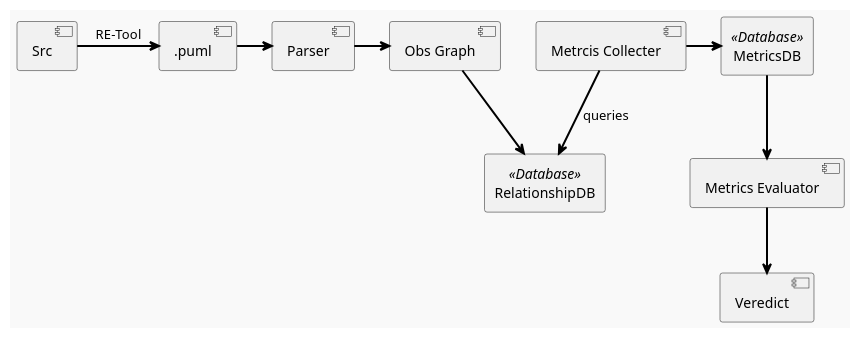
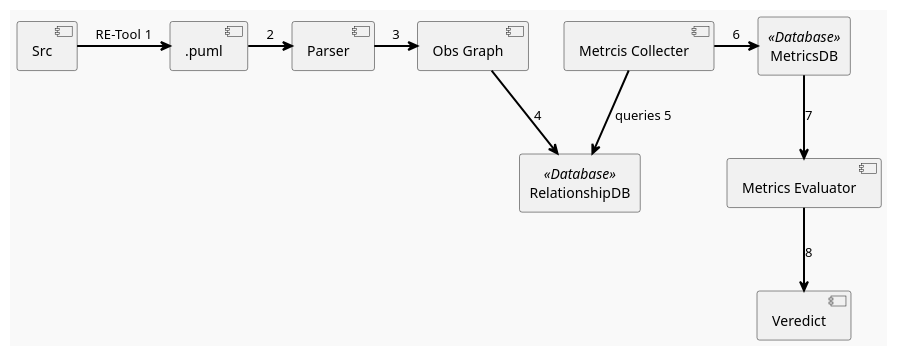
The diagram in Desing/ComunicationDiagram.plantuml (GonzaloGarciaZurlo/CodeDesignDeltaEvaluator), drawn with PlantUML before and after one commit. The commit also changed 5 other files, not shown here.

```diff
--- a/Desing/ComunicationDiagram.plantuml
+++ b/Desing/ComunicationDiagram.plantuml
@@ -1,26 +1,26 @@
 @startuml ComunicationDiagram
 skinparam packageStyle rectangle
 skinparam shadowing false
 skinparam backgroundColor #F9F9F9
 skinparam packageBackgroundColor #DDDDDD
 skinparam packageBorderColor #000000
 skinparam arrowColor #000000
 skinparam arrowThickness 2
 
 package "RelationshipDB" <<Database>> {
 }
 
 package "MetricsDB" <<Database>> {
 
 }
 
-[Src] -> [.puml] : RE-Tool
-[.puml] -> [Parser]
-[Parser] -> [Obs Graph]
-[Obs Graph] --> [RelationshipDB]
-[Metrcis Collecter] --> [RelationshipDB] : queries
-[Metrcis Collecter] -> [MetricsDB]
-[MetricsDB] --> [Metrics Evaluator]
-[Metrics Evaluator] --> [Veredict]
+[Src] -> [.puml] : RE-Tool 1
+[.puml] -> [Parser] : 2
+[Parser] -> [Obs Graph] : 3
+[Obs Graph] --> [RelationshipDB] : 4
+[Metrcis Collecter] --> [RelationshipDB] : queries 5
+[Metrcis Collecter] -> [MetricsDB] : 6
+[MetricsDB] --> [Metrics Evaluator] : 7
+[Metrics Evaluator] --> [Veredict] : 8
 
 @enduml
```
